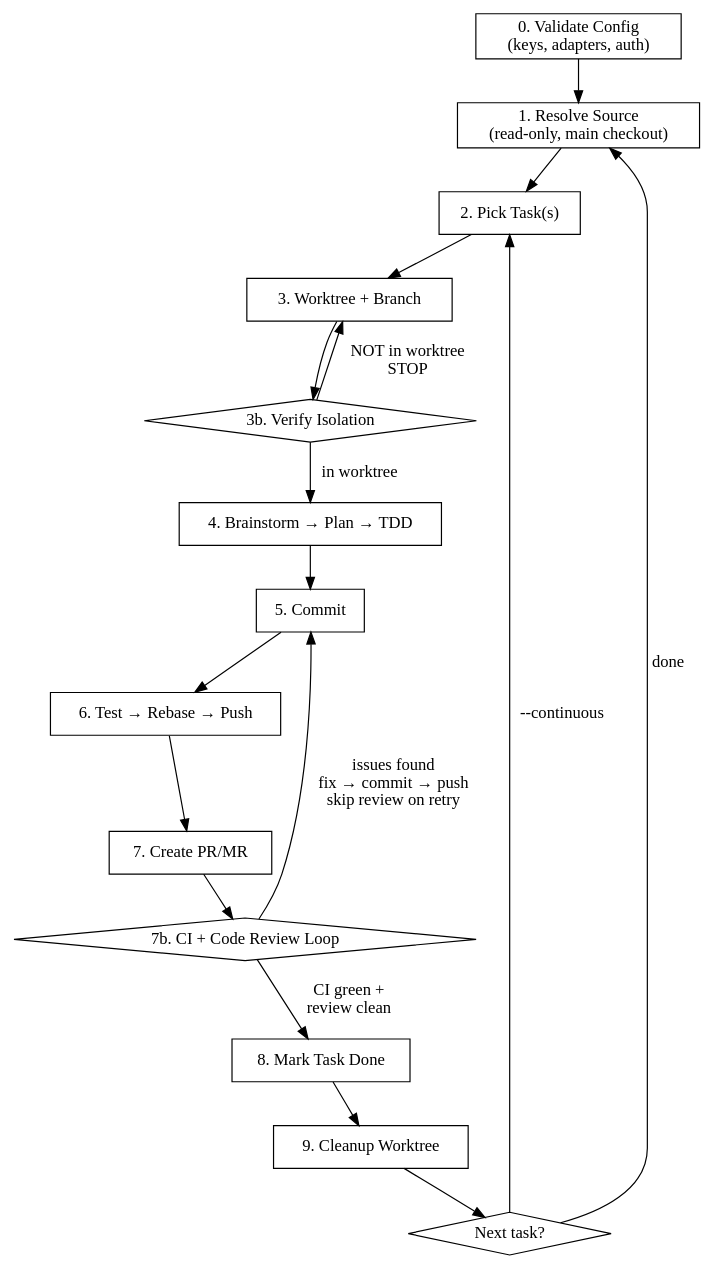
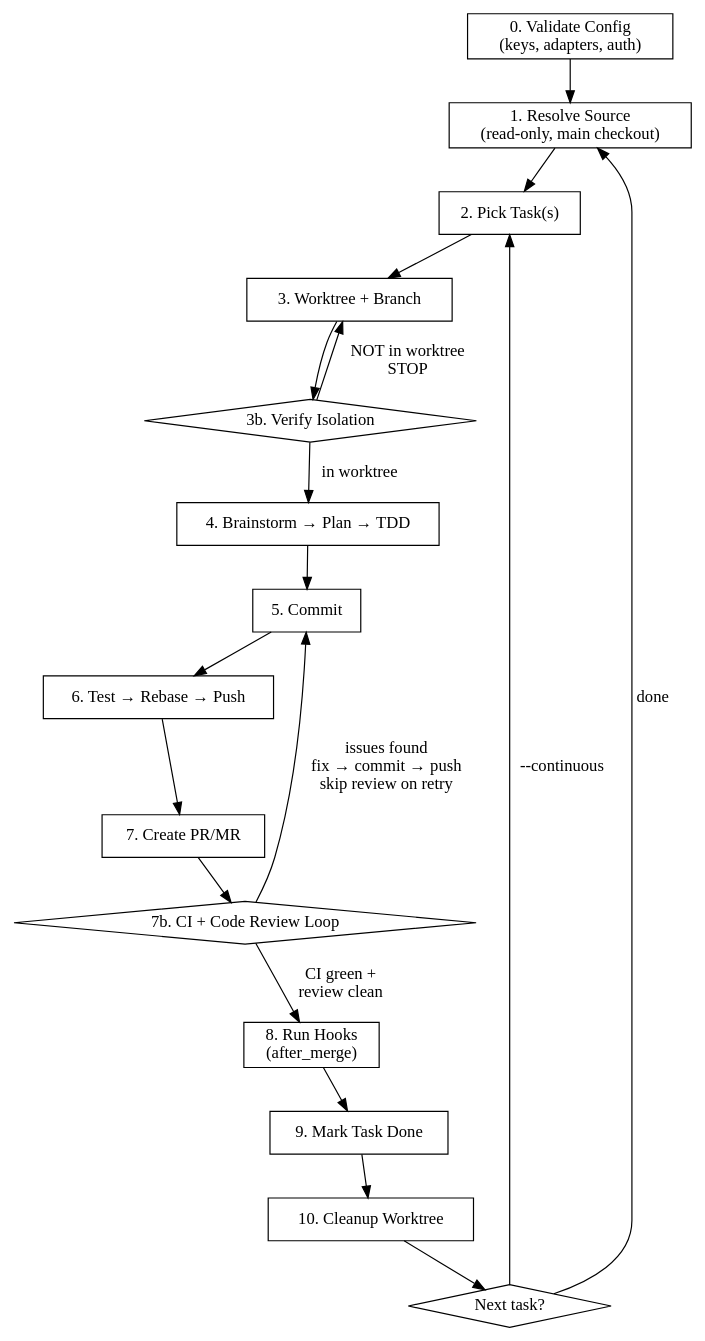
One commit to rodrigomanhaes/flowyeah changed the diagram in plugins/flowyeah/skills/build/SKILL.md. Above: the diagram before and after it, drawn with Graphviz. The commit also changed other lines of this file and 5 other files, not shown here.

````diff
--- a/plugins/flowyeah/skills/build/SKILL.md
+++ b/plugins/flowyeah/skills/build/SKILL.md
@@ -68,30 +68,31 @@
 ```dot
 digraph pipeline {
     rankdir=TB;
     node [shape=box];
 
     validate [label="0. Validate Config\n(keys, adapters, auth)"];
     resolve [label="1. Resolve Source\n(read-only, main checkout)"];
     pick [label="2. Pick Task(s)"];
     worktree [label="3. Worktree + Branch"];
     verify_wt [label="3b. Verify Isolation" shape=diamond];
     implement [label="4. Brainstorm → Plan → TDD"];
     commit [label="5. Commit"];
     deliver [label="6. Test → Rebase → Push"];
     pr [label="7. Create PR/MR"];
     ci_loop [label="7b. CI + Code Review Loop" shape=diamond];
-    mark [label="8. Mark Task Done"];
-    cleanup [label="9. Cleanup Worktree"];
+    hooks [label="8. Run Hooks\n(after_merge)"];
+    mark [label="9. Mark Task Done"];
+    cleanup [label="10. Cleanup Worktree"];
     next [label="Next task?" shape=diamond];
 
     validate -> resolve -> pick -> worktree -> verify_wt;
     verify_wt -> implement [label="in worktree"];
     verify_wt -> worktree [label="NOT in worktree\nSTOP"];
     implement -> commit -> deliver -> pr -> ci_loop;
     ci_loop -> commit [label="issues found\nfix → commit → push\nskip review on retry"];
-    ci_loop -> mark [label="CI green +\nreview clean"];
-    mark -> cleanup -> next;
+    ci_loop -> hooks [label="CI green +\nreview clean"];
+    hooks -> mark -> cleanup -> next;
     next -> pick [label="--continuous"];
     next -> resolve [label="done"];
 }
 ```
````
